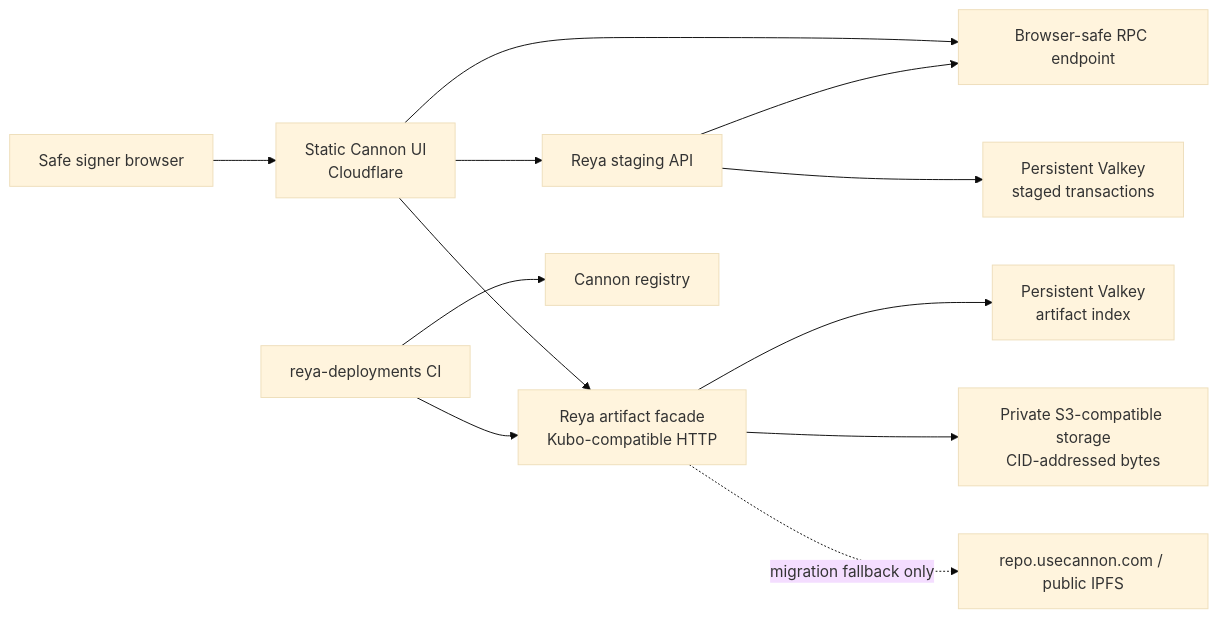
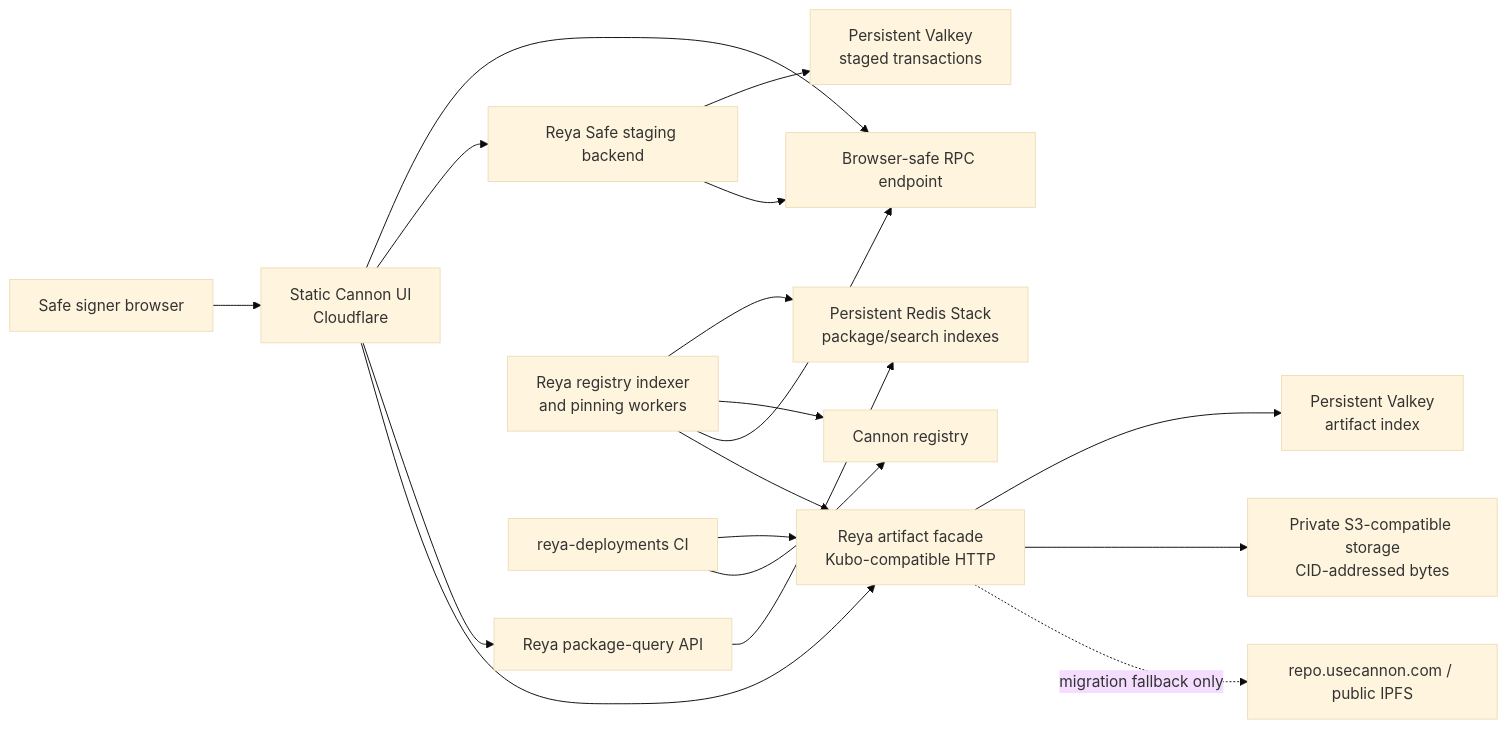
The diagram in docs/reya-self-host-compatibility.md (Reya-Labs/cannon), drawn with Mermaid (base theme) before and after one commit. The commit also changed other lines of this file, not shown here.

````diff
--- a/docs/reya-self-host-compatibility.md
+++ b/docs/reya-self-host-compatibility.md
@@ -39,14 +39,20 @@
 ```mermaid
 flowchart LR
   signer["Safe signer browser"] --> ui["Static Cannon UI<br/>Cloudflare"]
   ui --> rpc["Browser-safe RPC endpoint"]
-  ui --> stage["Reya staging API"]
+  ui --> stage["Reya Safe staging backend"]
+  ui --> packageApi["Reya package-query API"]
   ui --> repo["Reya artifact facade<br/>Kubo-compatible HTTP"]
   stage --> stageRedis["Persistent Valkey<br/>staged transactions"]
   stage --> rpc
+  packageApi --> packageRedis["Persistent Redis Stack<br/>package/search indexes"]
+  indexer["Reya registry indexer<br/>and pinning workers"] --> packageRedis
+  indexer --> registry["Cannon registry"]
+  indexer --> rpc
+  indexer --> repo
   repo --> artifactRedis["Persistent Valkey<br/>artifact index"]
   repo --> s3["Private S3-compatible storage<br/>CID-addressed bytes"]
   repo -. "migration fallback only" .-> cannon["repo.usecannon.com / public IPFS"]
   ci["reya-deployments CI"] --> repo
-  ci --> registry["Cannon registry"]
+  ci --> registry
 ```
````
